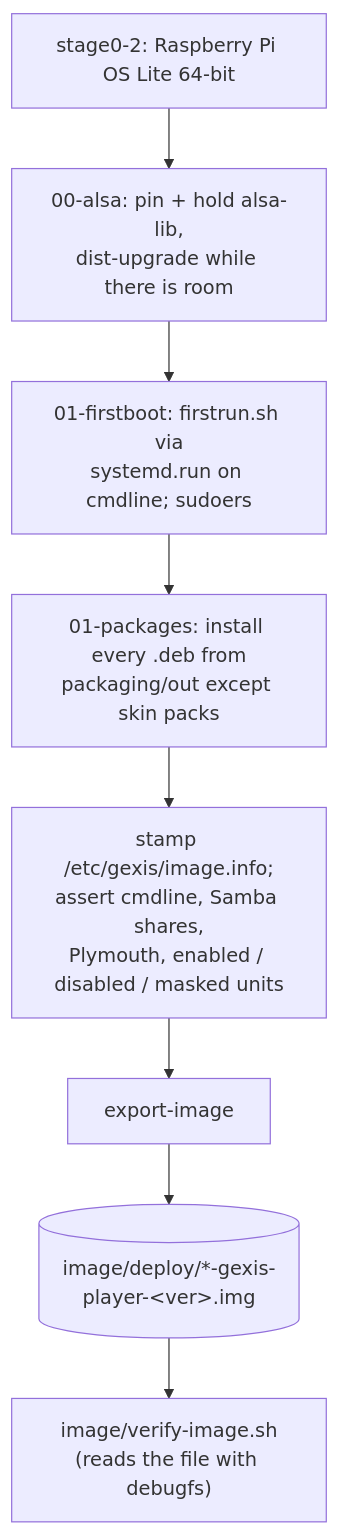
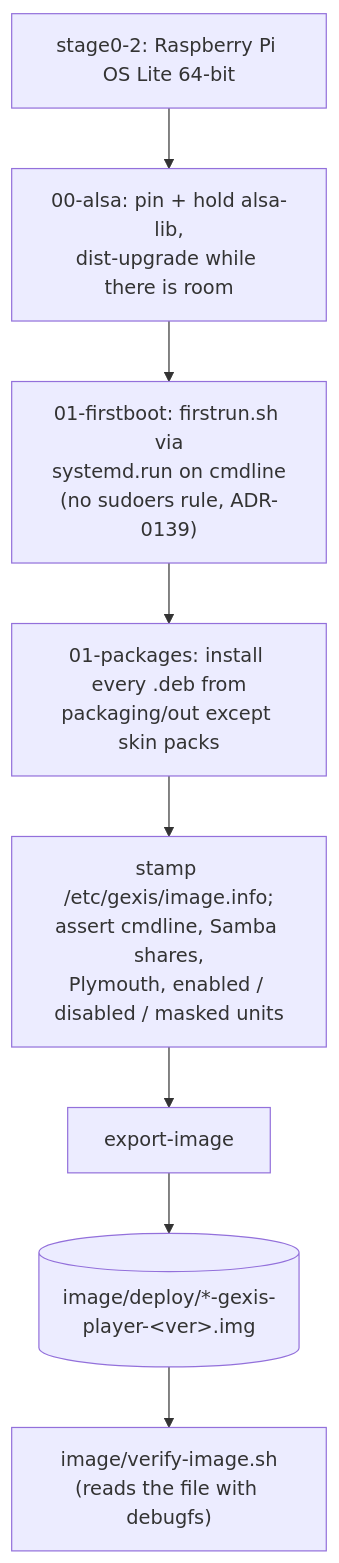
Before and after one commit to gcarstoiu/gexis-player: the second of 5 diagrams in docs/tech/updates-and-releases.md, drawn with Mermaid. The commit also changed other lines of this file and 16 other files, not shown here.

````diff
--- a/docs/tech/updates-and-releases.md
+++ b/docs/tech/updates-and-releases.md
@@ -109,9 +109,9 @@
 ```mermaid
 flowchart TD
     s0[stage0-2: Raspberry Pi OS Lite 64-bit] --> a["00-alsa: pin + hold alsa-lib,<br/>dist-upgrade while there is room"]
-    a --> f["01-firstboot: firstrun.sh via<br/>systemd.run on cmdline; sudoers"]
+    a --> f["01-firstboot: firstrun.sh via<br/>systemd.run on cmdline<br/>(no sudoers rule, ADR-0139)"]
     f --> p["01-packages: install every .deb from<br/>packaging/out except skin packs"]
     p --> st["stamp /etc/gexis/image.info;<br/>assert cmdline, Samba shares,<br/>Plymouth, enabled / disabled / masked units"]
     st --> e[export-image] --> img[(image/deploy/*-gexis-player-&lt;ver&gt;.img)]
     img --> v["image/verify-image.sh<br/>(reads the file with debugfs)"]
 ```
````
